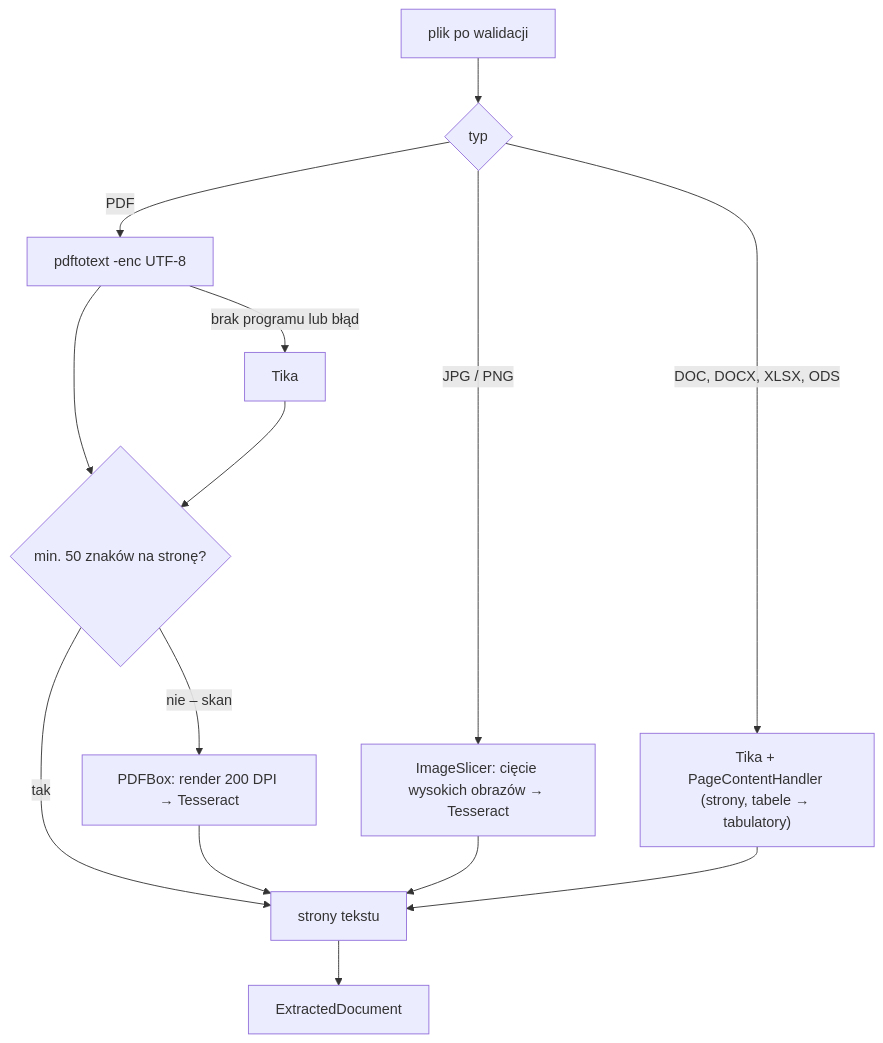
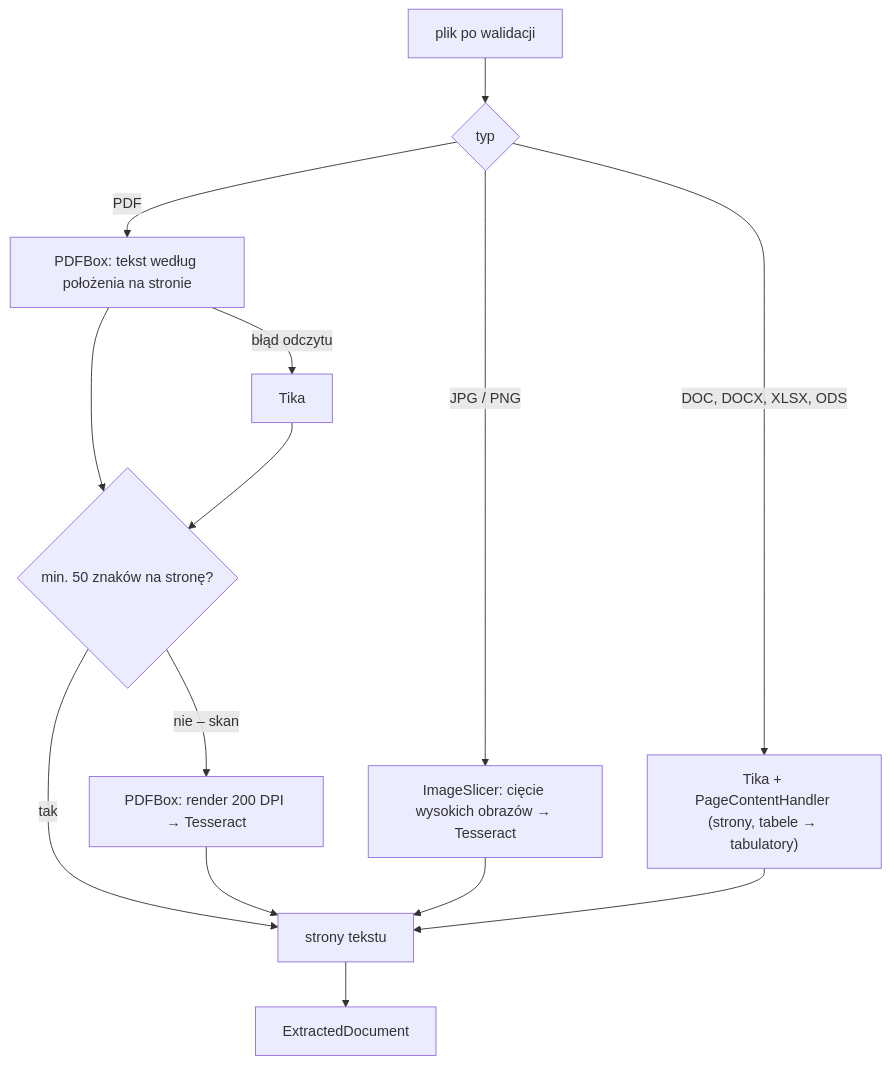
One commit to mandreik01/Formbrige changed the third of 6 diagrams in docs/ARCHITECTURE.md. Above: the diagram before and after it, drawn with Mermaid. The commit also changed other lines of this file and 1 other file, not shown here.

Commit message:
docs: licencje zależności, opis ekstrakcji PDF

````diff
--- a/docs/ARCHITECTURE.md
+++ b/docs/ARCHITECTURE.md
@@ -147,16 +147,16 @@
 ```mermaid
 flowchart TD
     IN["plik po walidacji"] --> T{"typ"}
-    T -->|"PDF"| P1["pdftotext -enc UTF-8"]
-    P1 -->|"brak programu lub błąd"| P2["Tika"]
+    T -->|"PDF"| P1["PDFBox: tekst według położenia na stronie"]
+    P1 -->|"błąd odczytu"| P2["Tika"]
     P1 --> L{"min. 50 znaków na stronę?"}
     P2 --> L
     L -->|"tak"| OUT["strony tekstu"]
     L -->|"nie – skan"| O1["PDFBox: render 200 DPI → Tesseract"]
     O1 --> OUT
     T -->|"JPG / PNG"| O2["ImageSlicer: cięcie wysokich obrazów → Tesseract"]
     O2 --> OUT
     T -->|"DOC, DOCX, XLSX, ODS"| P3["Tika + PageContentHandler (strony, tabele → tabulatory)"]
     P3 --> OUT
     OUT --> D["ExtractedDocument"]
 ```
````
